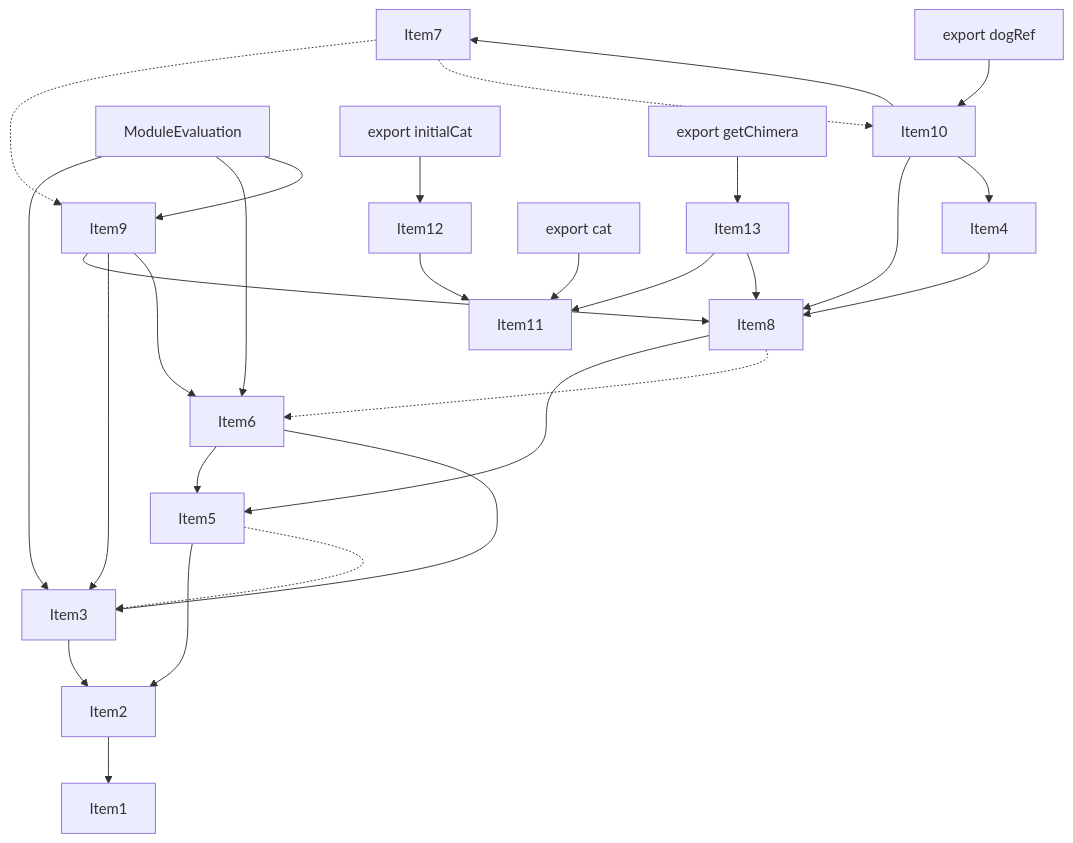
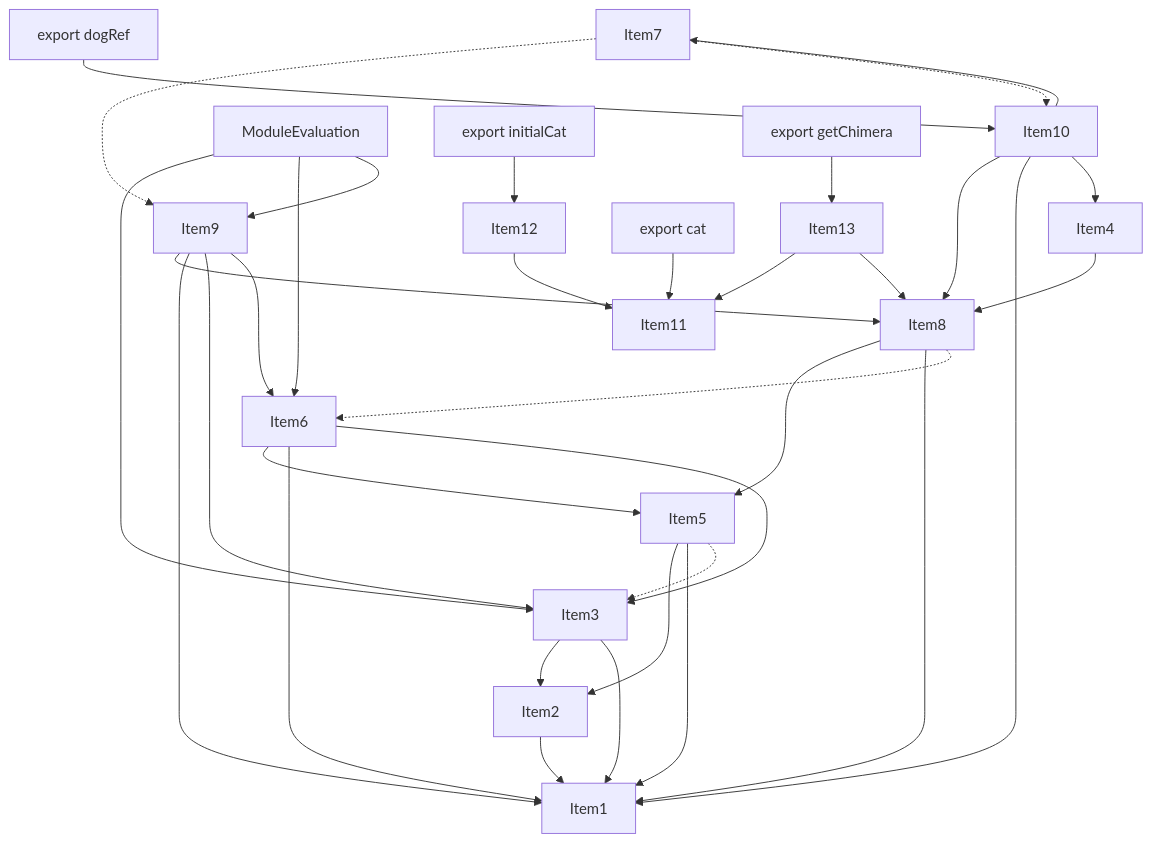
The fourth of 5 diagrams in crates/turbopack-ecmascript/tests/tree-shaker/analyzer/complex/output.md (vercel/turborepo), drawn with Mermaid before and after one commit. The commit also changed other lines of this file and 22 other files, not shown here.

````diff
--- a/crates/turbopack-ecmascript/tests/tree-shaker/analyzer/complex/output.md
+++ b/crates/turbopack-ecmascript/tests/tree-shaker/analyzer/complex/output.md
@@ -270,53 +290,59 @@
 ```mermaid
 graph TD
     Item1;
     Item2;
     Item3;
     Item4;
     Item5;
     Item6;
     Item7;
     Item8;
     Item9;
     Item10;
     Item11;
     Item12;
     Item13;
     Item14;
     Item14["ModuleEvaluation"];
     Item15;
     Item15["export dogRef"];
     Item16;
     Item16["export cat"];
     Item17;
     Item17["export initialCat"];
     Item18;
     Item18["export getChimera"];
     Item2 --> Item1;
     Item3 --> Item2;
+    Item3 --> Item1;
     Item5 --> Item2;
+    Item5 --> Item1;
     Item5 -.-> Item3;
     Item6 --> Item5;
+    Item6 --> Item1;
     Item6 --> Item3;
     Item8 --> Item5;
+    Item8 --> Item1;
     Item8 -.-> Item6;
     Item9 --> Item8;
+    Item9 --> Item1;
     Item9 --> Item3;
     Item9 --> Item6;
     Item10 --> Item8;
+    Item10 --> Item1;
     Item10 --> Item4;
     Item10 --> Item7;
     Item12 --> Item11;
+    Item15 --> Item10;
+    Item16 --> Item11;
+    Item17 --> Item12;
+    Item18 --> Item13;
     Item4 --> Item8;
     Item7 -.-> Item9;
     Item7 -.-> Item10;
     Item13 --> Item11;
     Item13 --> Item8;
     Item14 --> Item3;
     Item14 --> Item6;
     Item14 --> Item9;
-    Item15 --> Item10;
-    Item16 --> Item11;
-    Item17 --> Item12;
-    Item18 --> Item13;
 ```
````
